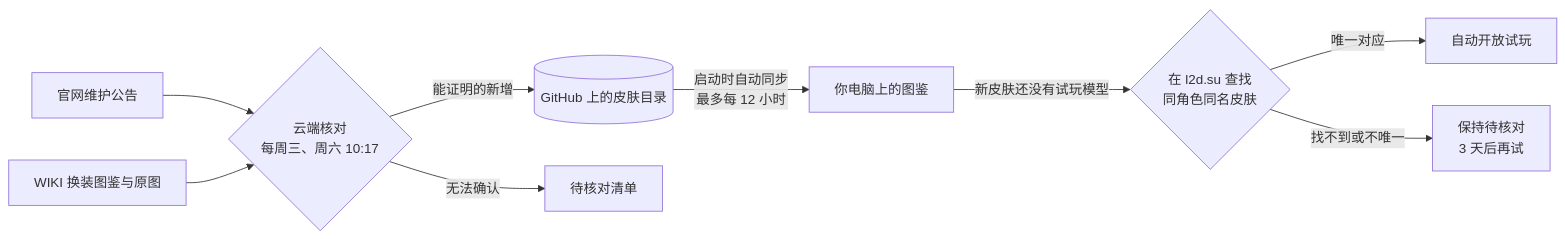
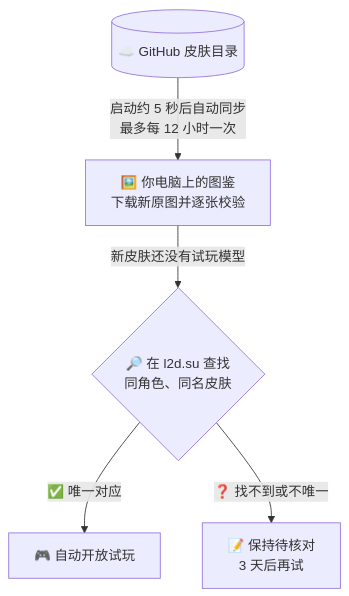
The second of 2 diagrams in README.md (gouluanjiang/azurlane-l2d-gallery), drawn with Mermaid before and after one commit. The commit also changed other lines of this file, not shown here.

Commit message:
Split the auto-update flowchart into two vertical diagrams
The single left-to-right chart had eight nodes in a row and GitHub scaled it
down until the text was hard to read. Cloud collection and the steps on the
user's computer are now two short top-down charts that render at full size.

````diff
--- a/README.md
+++ b/README.md
@@ -69,11 +81,7 @@
 ```mermaid
-flowchart LR
-  A[官网维护公告] --> C{云端核对<br>每周三、周六 10:17}
-  B[WIKI 换装图鉴与原图] --> C
-  C -->|能证明的新增| D[(GitHub 上的皮肤目录)]
-  C -->|无法确认| R[待核对清单]
-  D -->|启动时自动同步<br>最多每 12 小时| E[你电脑上的图鉴]
-  E -->|新皮肤还没有试玩模型| F{在 l2d.su 查找<br>同角色同名皮肤}
-  F -->|唯一对应| G[自动开放试玩]
-  F -->|找不到或不唯一| H[保持待核对<br>3 天后再试]
+flowchart TD
+  D[("☁️ GitHub 皮肤目录")] -->|"启动约 5 秒后自动同步<br/>最多每 12 小时一次"| E["🖼️ 你电脑上的图鉴<br/>下载新原图并逐张校验"]
+  E -->|"新皮肤还没有试玩模型"| F{"🔎 在 l2d.su 查找<br/>同角色、同名皮肤"}
+  F -->|"✅ 唯一对应"| G["🎮 自动开放试玩"]
+  F -->|"❓ 找不到或不唯一"| H["📝 保持待核对<br/>3 天后再试"]
 ```
````
